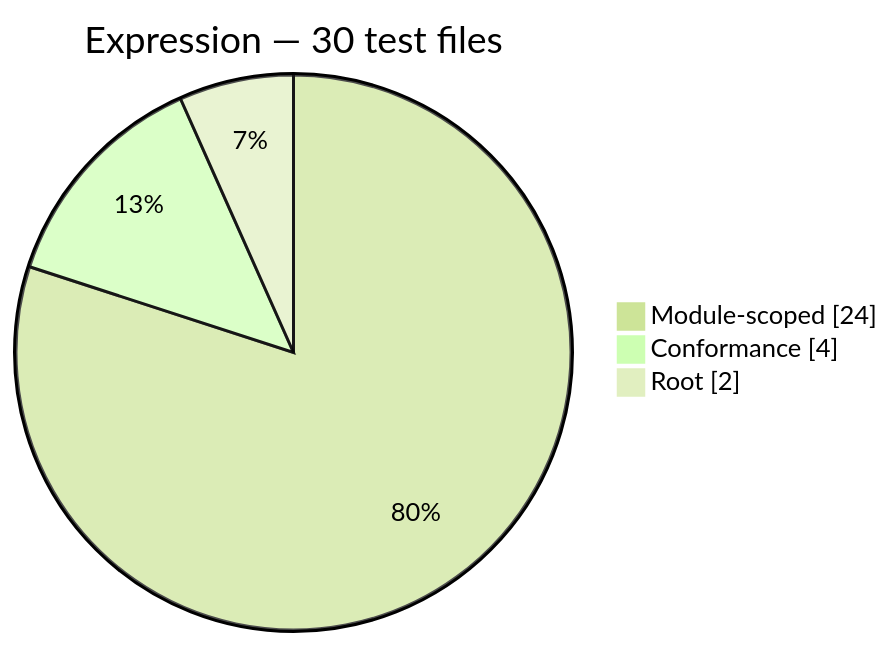
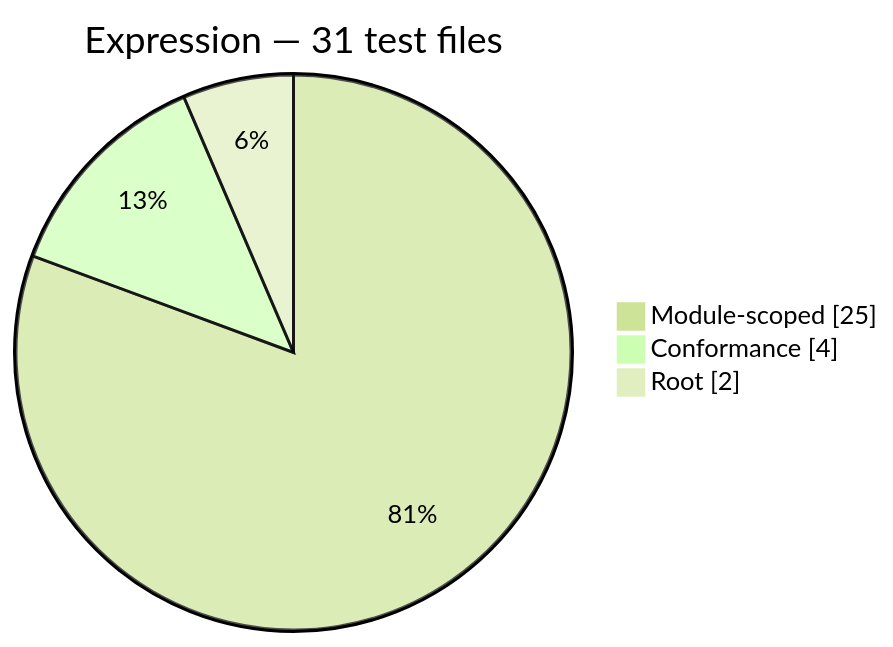
Before and after one commit to PHP-Arazzo/php-arazzo: the second of 13 diagrams in docs/generated/test-composition.md, drawn with Mermaid (forest theme). The commit also changed other lines of this file and 14 other files, not shown here.

````diff
--- a/docs/generated/test-composition.md
+++ b/docs/generated/test-composition.md
@@ -30,7 +30,7 @@
 ```mermaid
 pie showData
-    title Expression — 30 test files
-    "Module-scoped": 24
+    title Expression — 31 test files
+    "Module-scoped": 25
     "Conformance": 4
     "Root": 2
 ```
````
